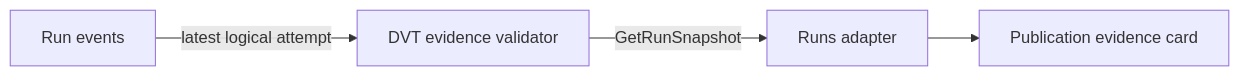
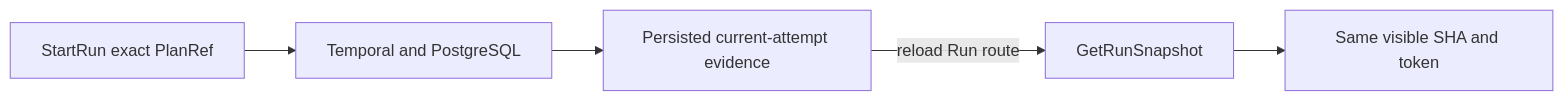
Before and after one commit to dunay2/dvt: the second of 2 diagrams in docs/planning/proposals/mandatory/frontend-and-ux/gh-3021-dvt-preview-run-live-plan-20260915.md, drawn with Mermaid. The commit also changed other lines of this file and 1 other file, not shown here.

Commit message:
test(web): Prove DVT run evidence survives reload (#3197)

````diff
--- a/docs/planning/proposals/mandatory/frontend-and-ux/gh-3021-dvt-preview-run-live-plan-20260915.md
+++ b/docs/planning/proposals/mandatory/frontend-and-ux/gh-3021-dvt-preview-run-live-plan-20260915.md
@@ -44,6 +43,7 @@
 ```mermaid
 flowchart LR
-  A[Run events] -->|latest logical attempt| B[DVT evidence validator]
-  B -->|GetRunSnapshot| C[Runs adapter]
-  C --> D[Publication evidence card]
+  A[StartRun exact PlanRef] --> B[Temporal and PostgreSQL]
+  B --> C[Persisted current-attempt evidence]
+  C -->|reload Run route| D[GetRunSnapshot]
+  D --> E[Same visible SHA and token]
 ```
````
